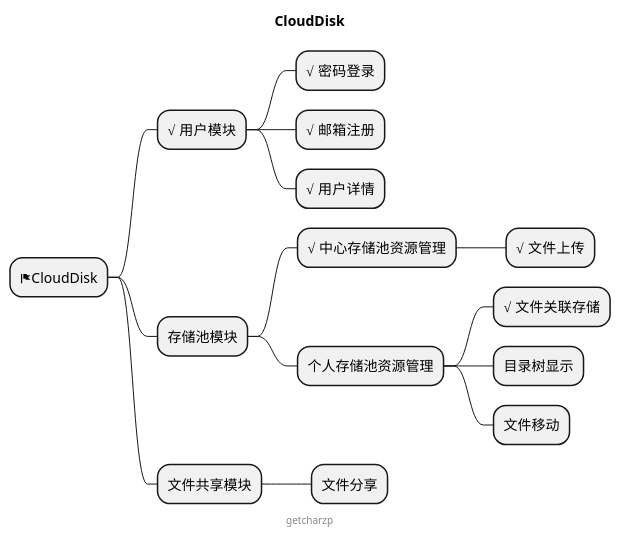
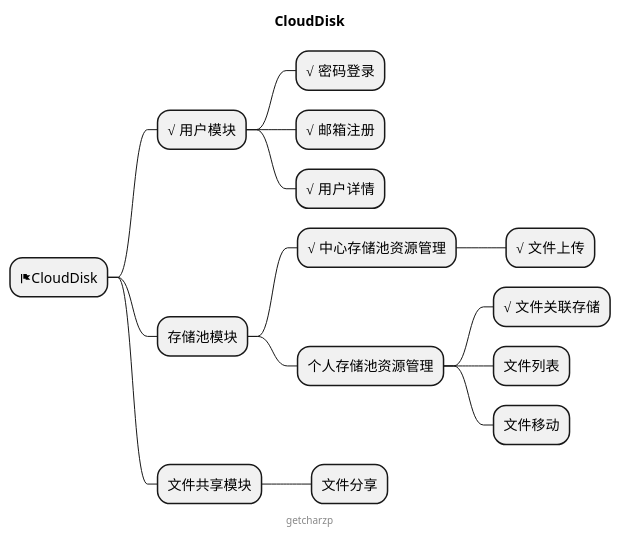
Before and after one commit to GetcharZp/cloud-disk: the diagram in MIND.puml, drawn with PlantUML. The commit also changed 7 other files, not shown here.

```diff
--- a/MIND.puml
+++ b/MIND.puml
@@ -1,22 +1,22 @@
 @startmindmap
 
 title CloudDisk
 
 * <&flag>CloudDisk
 ** √ 用户模块
 *** √ 密码登录
 *** √ 邮箱注册
 *** √ 用户详情
 ** 存储池模块
 *** √ 中心存储池资源管理
 **** √ 文件上传
 *** 个人存储池资源管理
 **** √ 文件关联存储
-**** 目录树显示
+**** 文件列表
 **** 文件移动
 ** 文件共享模块
 *** 文件分享
 
 center footer getcharzp
 
 @endmindmap
```
